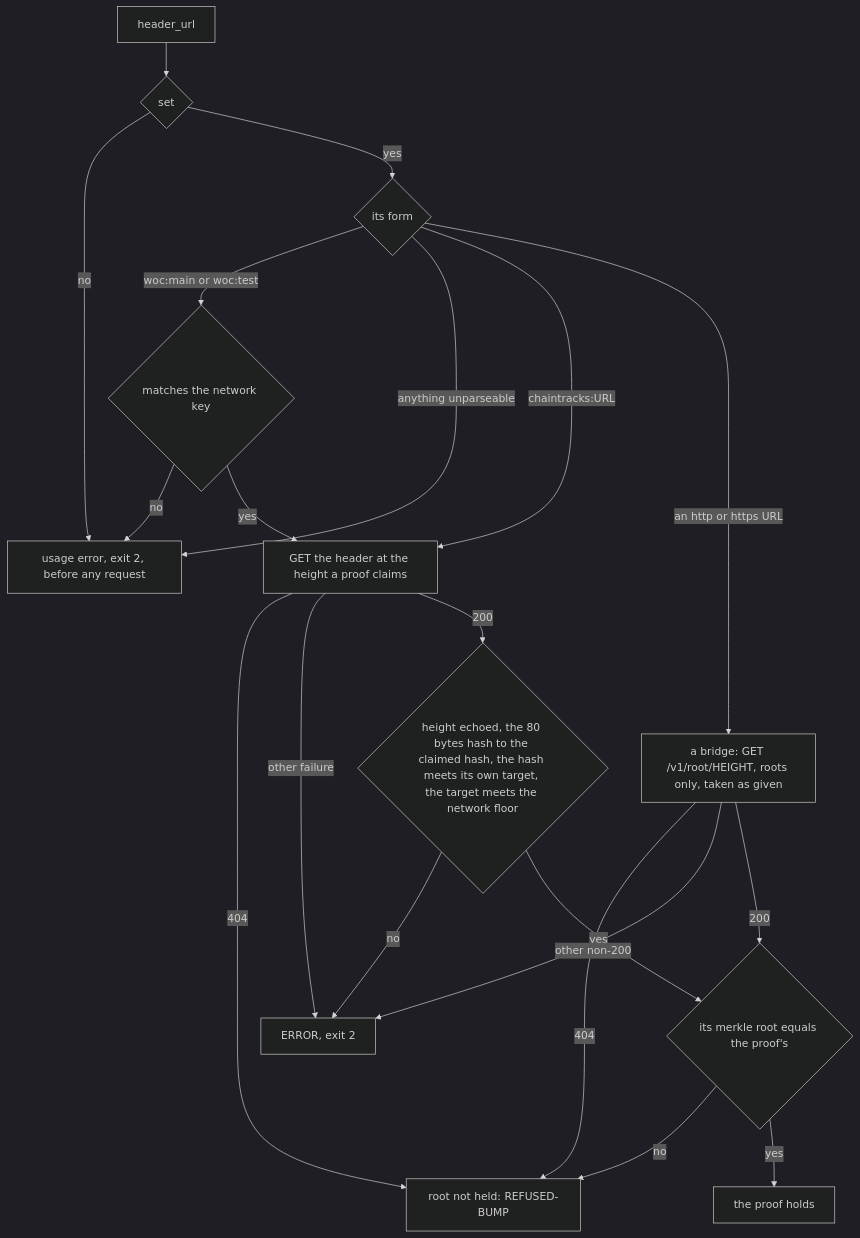
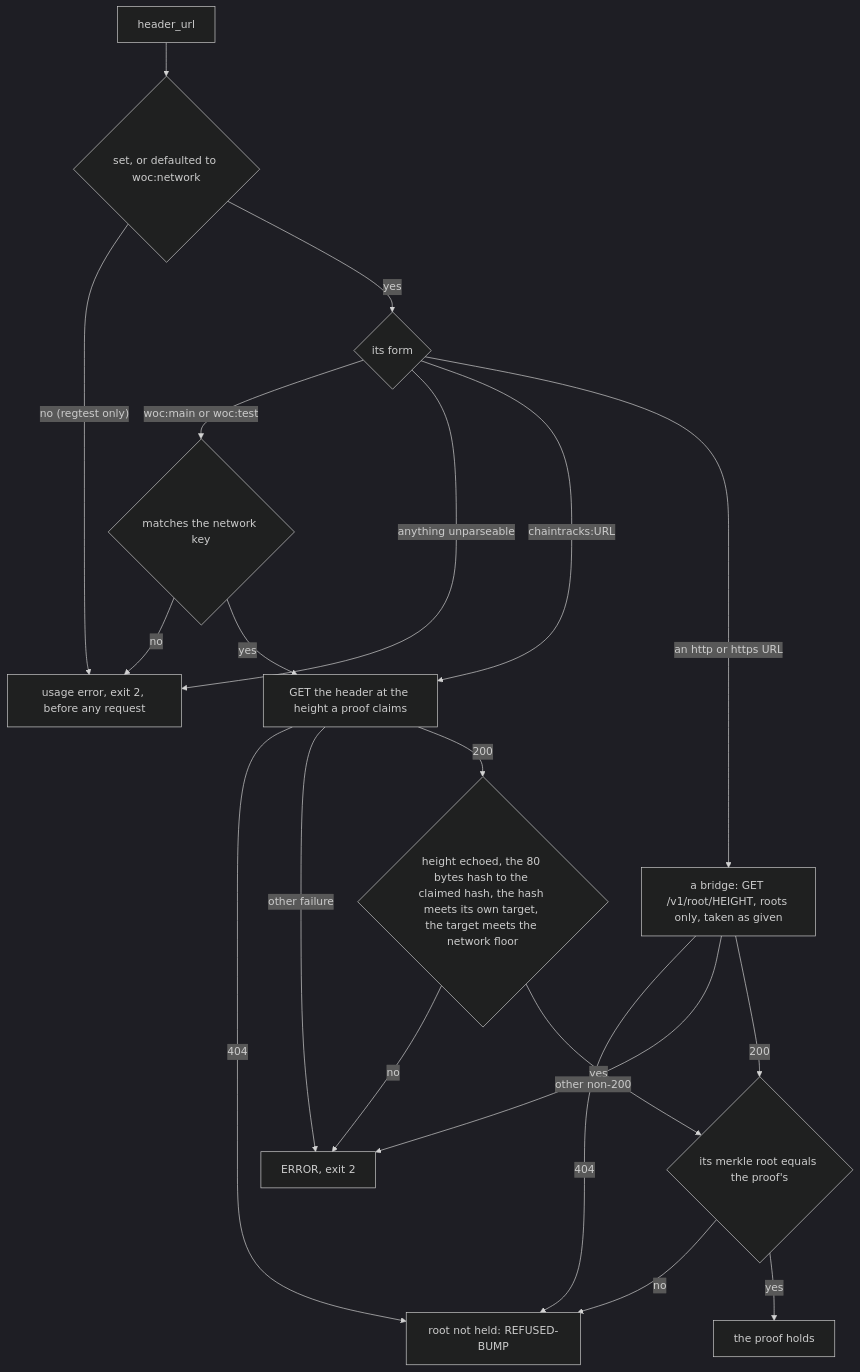
Before and after one commit to lightwebinc/bfinger: the second of 19 diagrams in docs/flows.md, drawn with Mermaid (dark theme). The commit also changed other lines of this file and 21 other files, not shown here.

Commit message:
[Fix] bcommon v0.15.0 fees, header_url defaults to woc

````diff
--- a/docs/flows.md
+++ b/docs/flows.md
@@ -58,22 +58,22 @@
 ```mermaid
 flowchart TD
-  CFG["header_url"] --> SET{"set"}
-  SET -->|"no"| U["usage error, exit 2, before any request"]
+  CFG["header_url"] --> SET{"set, or defaulted to woc:network"}
+  SET -->|"no (regtest only)"| U["usage error, exit 2, before any request"]
   SET -->|"yes"| P{"its form"}
   P -->|"woc:main or woc:test"| W{"matches the network key"}
   W -->|"no"| U
   P -->|"anything unparseable"| U
   W -->|"yes"| HF["GET the header at the height a proof claims"]
   P -->|"chaintracks:URL"| HF
   P -->|"an http or https URL"| NB["a bridge: GET /v1/root/HEIGHT, roots only, taken as given"]
   HF -->|"404"| NO["root not held: REFUSED-BUMP"]
   HF -->|"other failure"| ERR["ERROR, exit 2"]
   HF -->|"200"| POW{"height echoed, the 80 bytes hash to the claimed hash, the hash meets its own target, the target meets the network floor"}
   POW -->|"no"| ERR
   POW -->|"yes"| CMP{"its merkle root equals the proof's"}
   NB -->|"404"| NO
   NB -->|"other non-200"| ERR
   NB -->|"200"| CMP
   CMP -->|"no"| NO
   CMP -->|"yes"| OK["the proof holds"]
 ```
````
